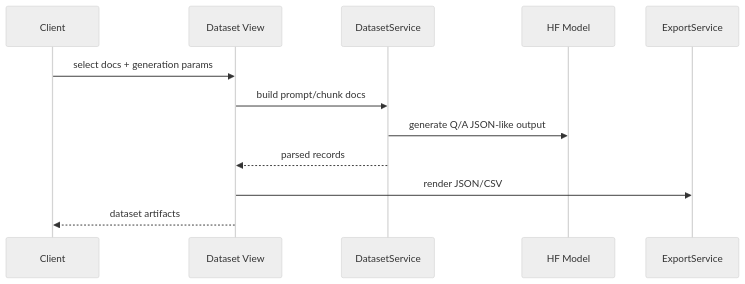
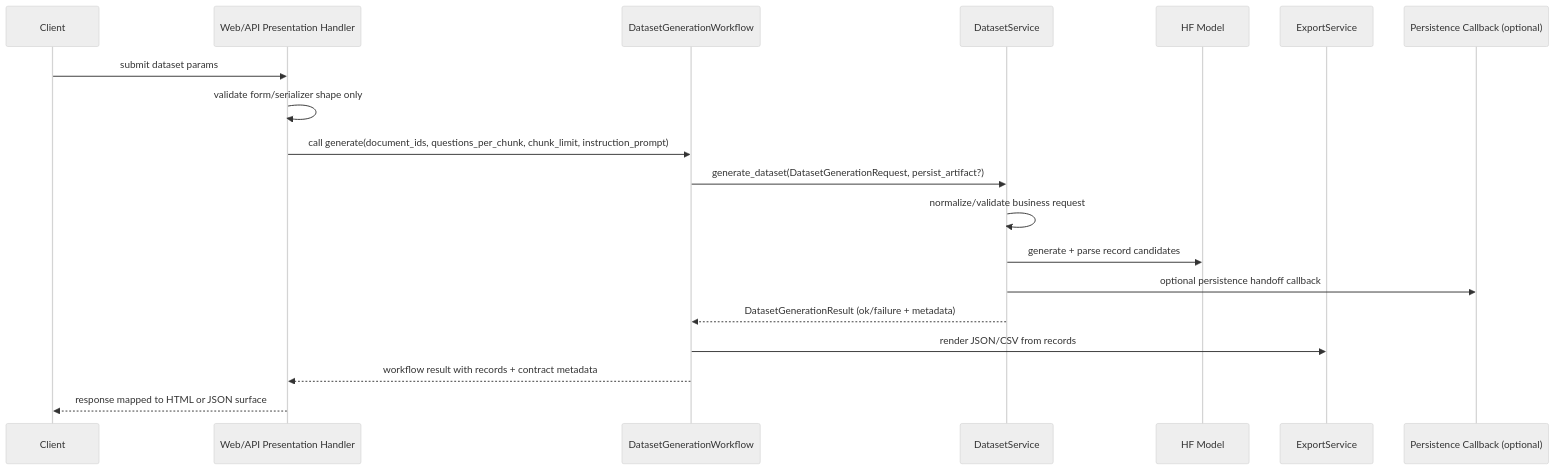
One commit to jeffreywallphd-ai/LMForge changed the third of 6 diagrams in docs/architecture/runtime-flows.md. Above: the diagram before and after it, drawn with Mermaid (neutral theme). The commit also changed other lines of this file and 8 other files, not shown here.

Commit message:
Refactor dataset generation into structured DatasetService contract

````diff
--- a/docs/architecture/runtime-flows.md
+++ b/docs/architecture/runtime-flows.md
@@ -55,15 +55,22 @@
 ```mermaid
 sequenceDiagram
   participant U as Client
-  participant API as Dataset View
+  participant P as Web/API Presentation Handler
+  participant W as DatasetGenerationWorkflow
   participant APP as DatasetService
   participant LLM as HF Model
   participant EXP as ExportService
+  participant DB as Persistence Callback (optional)
 
-  U->>API: select docs + generation params
-  API->>APP: build prompt/chunk docs
-  APP->>LLM: generate Q/A JSON-like output
-  APP-->>API: parsed records
-  API->>EXP: render JSON/CSV
-  API-->>U: dataset artifacts
+  U->>P: submit dataset params
+  P->>P: validate form/serializer shape only
+  P->>W: call generate(document_ids, questions_per_chunk, chunk_limit, instruction_prompt)
+  W->>APP: generate_dataset(DatasetGenerationRequest, persist_artifact?)
+  APP->>APP: normalize/validate business request
+  APP->>LLM: generate + parse record candidates
+  APP->>DB: optional persistence handoff callback
+  APP-->>W: DatasetGenerationResult (ok/failure + metadata)
+  W->>EXP: render JSON/CSV from records
+  W-->>P: workflow result with records + contract metadata
+  P-->>U: response mapped to HTML or JSON surface
 ```
````
